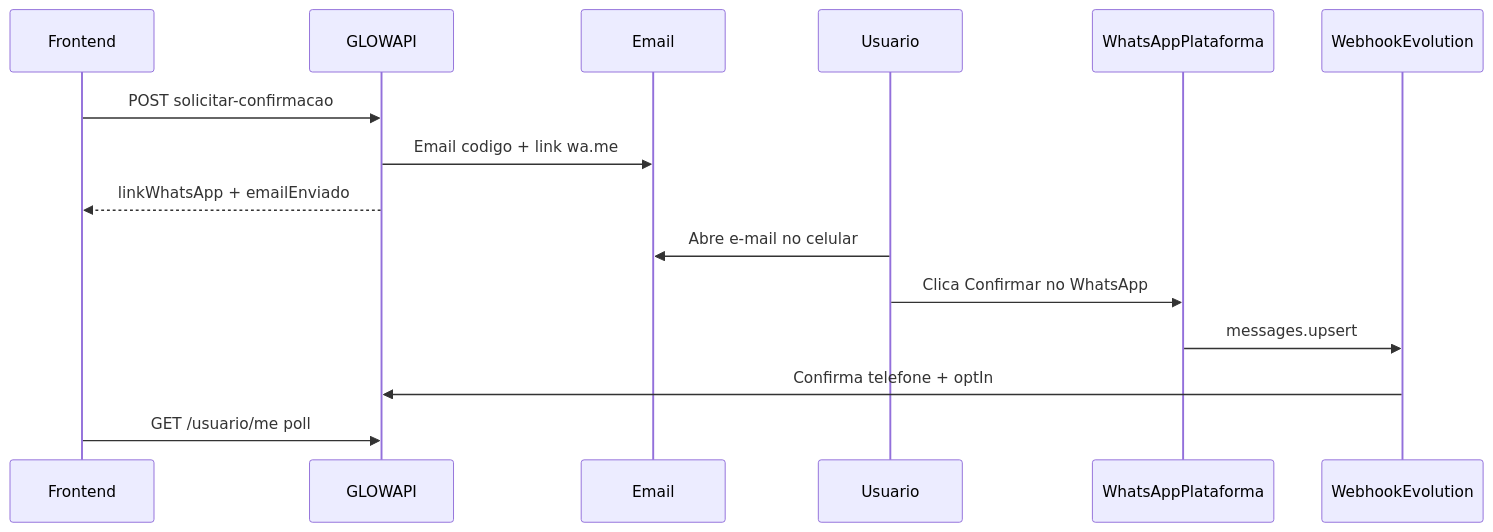
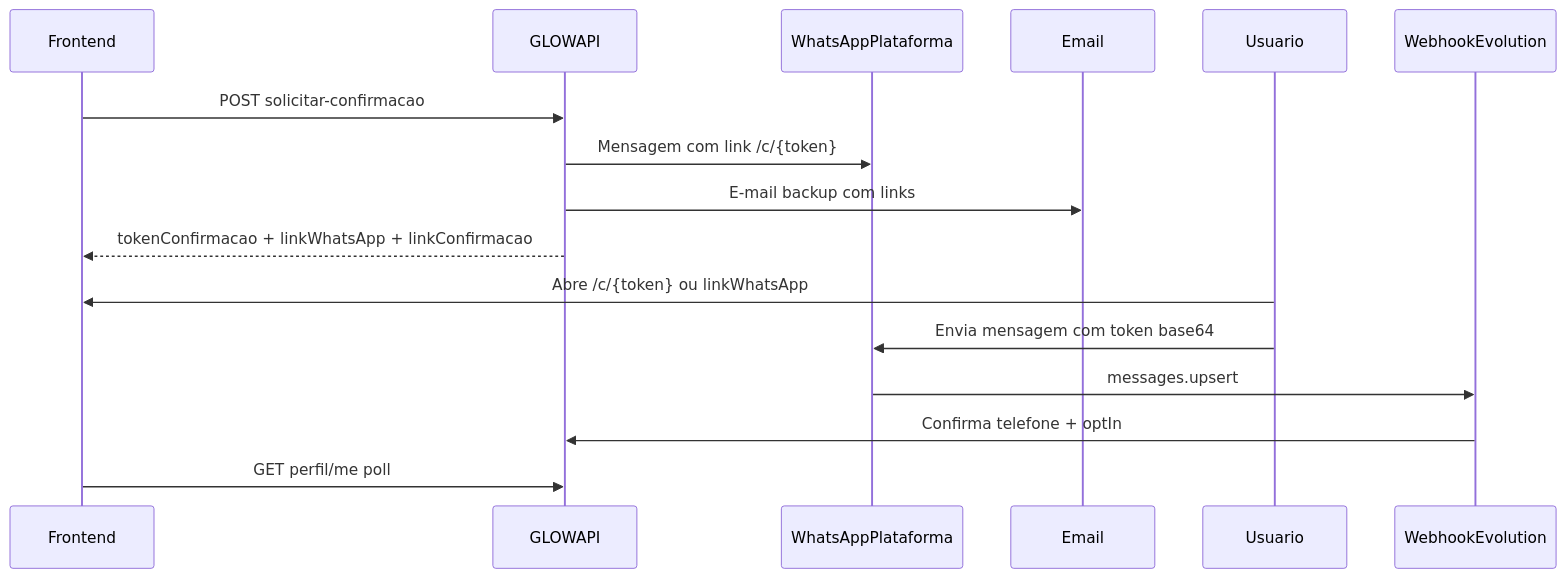
The diagram in docs/frontend/confirmacao-whatsapp.md (Start-up-2-0/glow-up-connect-app), drawn with Mermaid before and after one commit. The commit also changed other lines of this file and 16 other files, not shown here.

````diff
--- a/docs/frontend/confirmacao-whatsapp.md
+++ b/docs/frontend/confirmacao-whatsapp.md
@@ -18,18 +18,19 @@
 ```mermaid
 sequenceDiagram
     participant App as Frontend
     participant API as GLOWAPI
+    participant WA as WhatsAppPlataforma
     participant Mail as Email
     participant User as Usuario
-    participant WA as WhatsAppPlataforma
     participant Webhook as WebhookEvolution
 
     App->>API: POST solicitar-confirmacao
-    API->>Mail: Email codigo + link wa.me
-    API-->>App: linkWhatsApp + emailEnviado
-    User->>Mail: Abre e-mail no celular
-    User->>WA: Clica Confirmar no WhatsApp
+    API->>WA: Mensagem com link /c/{token}
+    API->>Mail: E-mail backup com links
+    API-->>App: tokenConfirmacao + linkWhatsApp + linkConfirmacao
+    User->>App: Abre /c/{token} ou linkWhatsApp
+    User->>WA: Envia mensagem com token base64
     WA->>Webhook: messages.upsert
     Webhook->>API: Confirma telefone + optIn
-    App->>API: GET /usuario/me poll
+    App->>API: GET perfil/me poll
 ```
````
